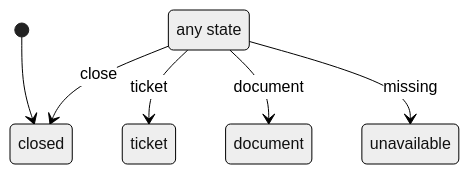
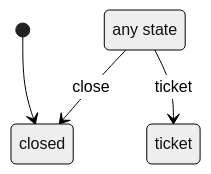
One commit to rpmessner/beads-board changed the diagram in docs/machines/card_panel.md. Above: the diagram before and after it, drawn with Mermaid (neutral theme). The commit also changed other lines of this file and 28 other files, not shown here.

````diff
--- a/docs/machines/card_panel.md
+++ b/docs/machines/card_panel.md
@@ -5,9 +5,7 @@
 ```mermaid
 stateDiagram-v2
     [*] --> closed
     fsm_any --> closed: close
     fsm_any --> ticket: ticket
-    fsm_any --> document: document
-    fsm_any --> unavailable: missing
     state "any state" as fsm_any
 ```
````
